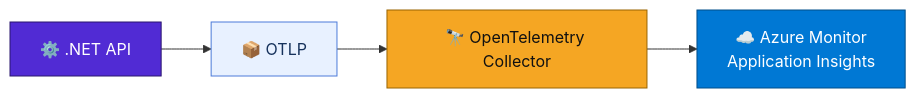
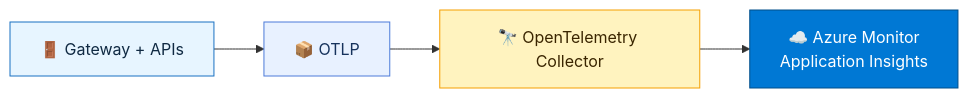
The third of 7 diagrams in README.md (fnandop/aspire-apm-backends-pocs), drawn with Mermaid before and after one commit. The commit also changed other lines of this file and 54 other files, not shown here.

````diff
--- a/README.md
+++ b/README.md
@@ -47,15 +79,15 @@
 ```mermaid
 graph LR
-    A["⚙️ .NET API"] --> B["📦 OTLP"]
-    B --> C["🔭 OpenTelemetry Collector"]
-    C --> D["☁️ Azure Monitor<br/>Application Insights"]
+    APP["🚪 Gateway + APIs"] --> OTLP["📦 OTLP"]
+    OTLP --> OC["🔭 OpenTelemetry Collector"]
+    OC --> AI["☁️ Azure Monitor<br/>Application Insights"]
 
-    classDef app fill:#512BD4,stroke:#2b166f,color:#fff
+    classDef app fill:#E7F5FF,stroke:#1971C2,color:#102A43
     classDef protocol fill:#E8F1FF,stroke:#4C7BD9,color:#16325C
-    classDef collector fill:#F5A623,stroke:#9A6400,color:#111
+    classDef collector fill:#FFF3BF,stroke:#F59F00,color:#3A2500
     classDef azure fill:#0078D4,stroke:#004E8A,color:#fff
-    class A app
-    class B protocol
-    class C collector
-    class D azure
+    class APP app
+    class OTLP protocol
+    class OC collector
+    class AI azure
 ```
````
